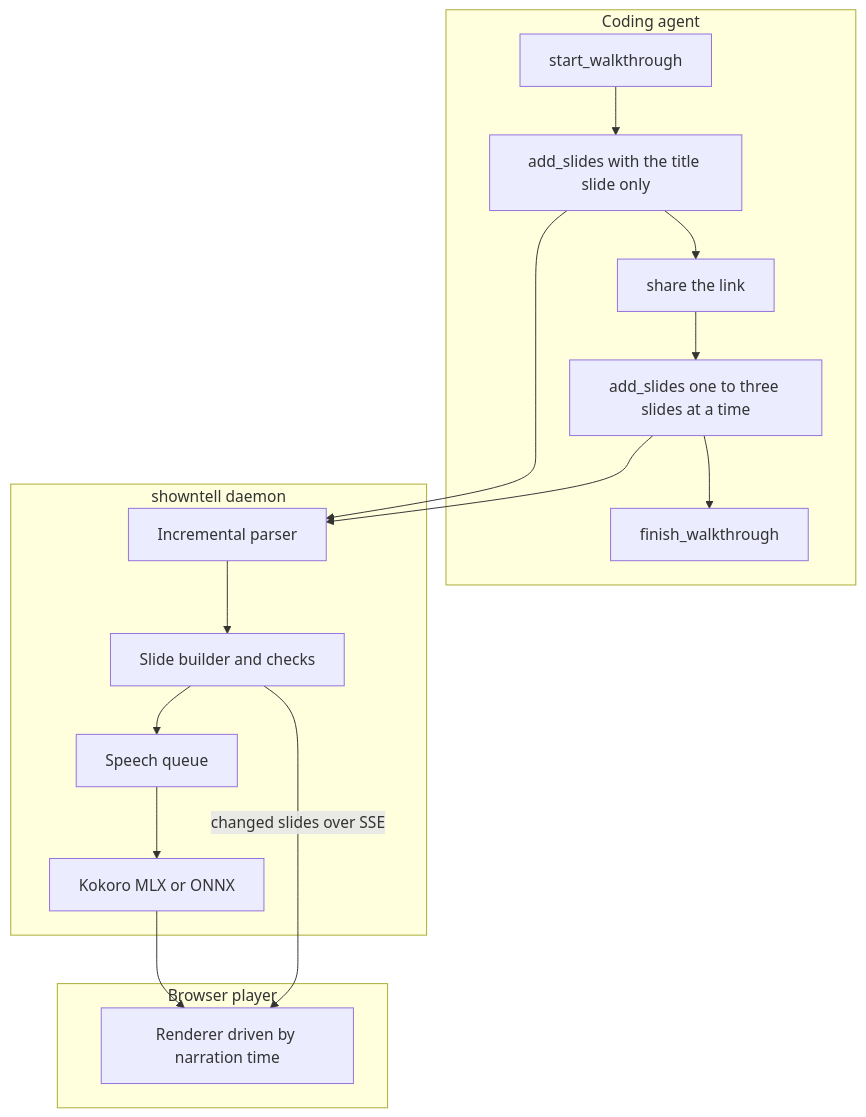
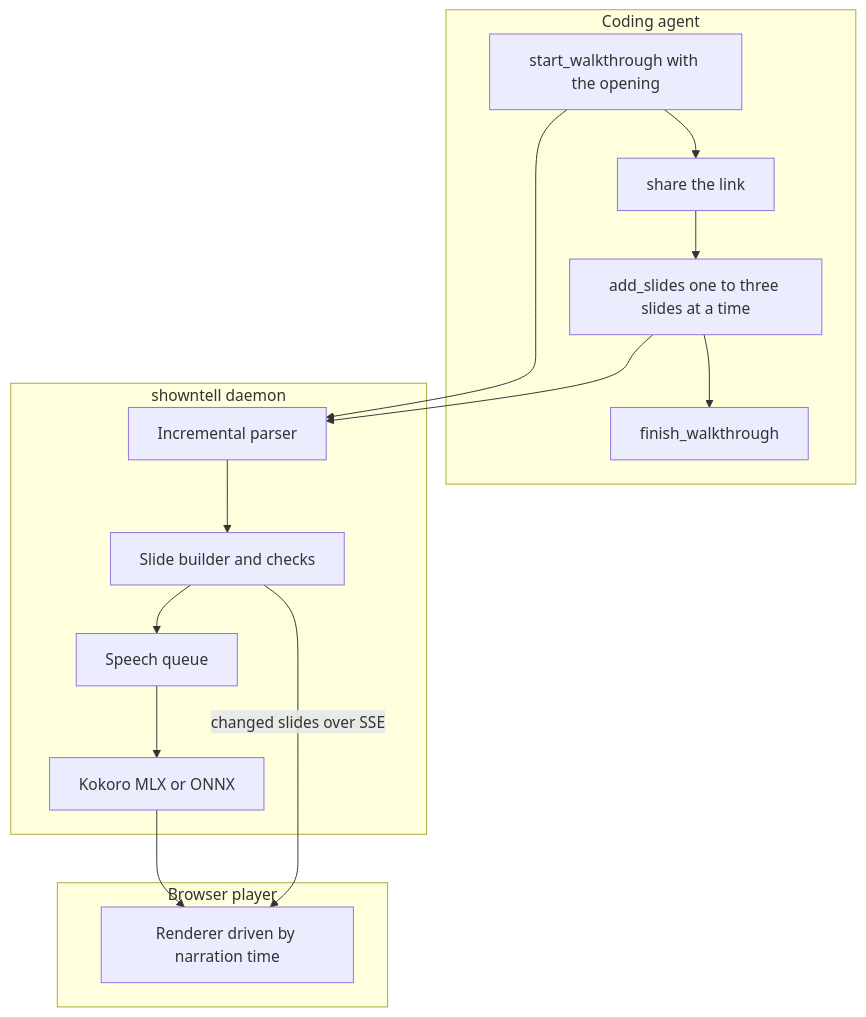
The diagram in docs/spec.md (AhmedElhadarey/talktrack), drawn with Mermaid before and after one commit. The commit also changed other lines of this file and 12 other files, not shown here.

First line of the commit message:
Link in the start reply; cues lead into pauses; honest stall count

````diff
--- a/docs/spec.md
+++ b/docs/spec.md
@@ -7,21 +7,20 @@
 ```mermaid
 graph TB
   subgraph agent [Coding agent]
-    S[start_walkthrough] --> O[add_slides with the title slide only]
-    O --> L[share the link]
+    S[start_walkthrough with the opening] --> L[share the link]
     L --> M[add_slides one to three slides at a time]
     M --> F[finish_walkthrough]
   end
   subgraph daemon [showntell daemon]
     P[Incremental parser] --> B[Slide builder and checks]
     B --> Q[Speech queue]
     Q --> T[Kokoro MLX or ONNX]
   end
   subgraph player [Browser player]
     R[Renderer driven by narration time]
   end
-  O --> P
+  S --> P
   M --> P
   T --> R
   B -->|changed slides over SSE| R
 ```
````
